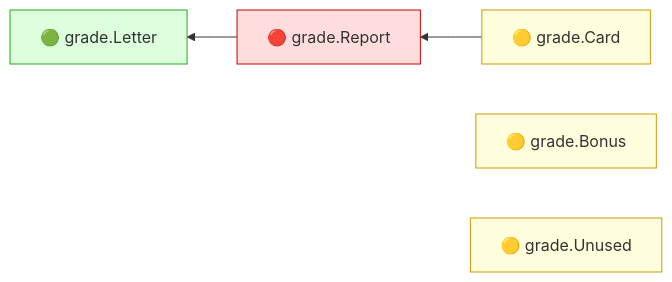
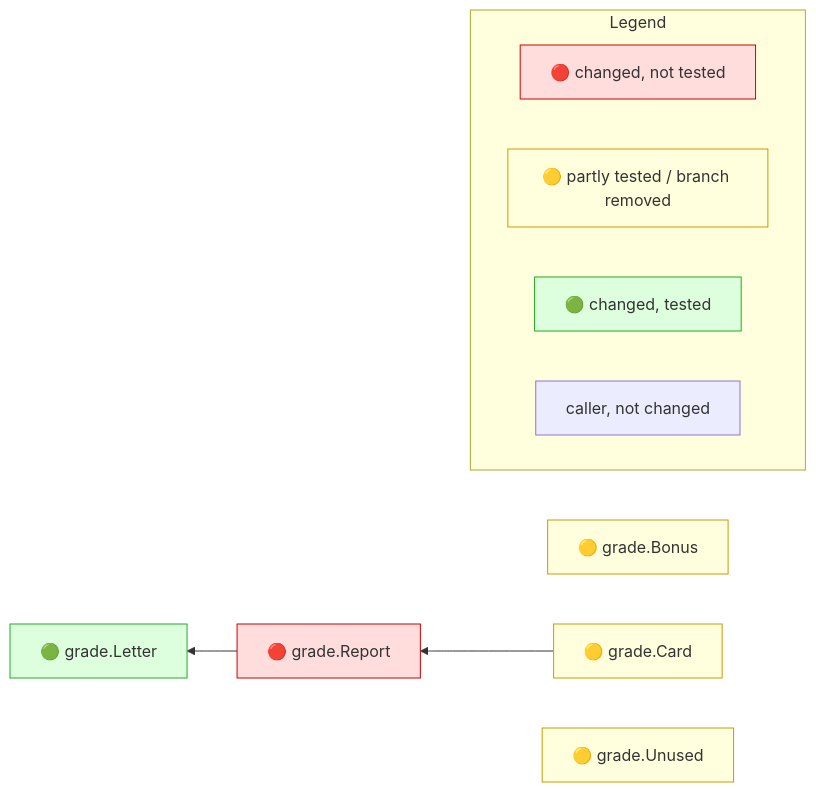
One commit to Kevinbarrero/mr-impact changed the diagram in testdata/e2e/coverprofile/expected.golden.md. Above: the diagram before and after it, drawn with Mermaid. The commit also changed other lines of this file and 65 other files, not shown here.

````diff
--- a/testdata/e2e/coverprofile/expected.golden.md
+++ b/testdata/e2e/coverprofile/expected.golden.md
@@ -15,13 +17,20 @@
 ```mermaid
-graph RL
+flowchart RL
   n0["🔴 grade.Report"]:::red
-  n1["🟡 grade.Card"]:::yellow
-  n2["🟡 grade.Bonus"]:::yellow
+  n1["🟡 grade.Bonus"]:::yellow
+  n2["🟡 grade.Card"]:::yellow
   n3["🟡 grade.Unused"]:::yellow
   n4["🟢 grade.Letter"]:::green
-  n1 --> n0
+  n2 --> n0
   n0 --> n4
+  subgraph legend ["Legend"]
+    direction LR
+    lr["🔴 changed, not tested"]:::red
+    ly["🟡 partly tested / branch removed"]:::yellow
+    lg["🟢 changed, tested"]:::green
+    lc["caller, not changed"]
+  end
   classDef red fill:#fdd,stroke:#c00
   classDef yellow fill:#ffd,stroke:#c90
   classDef green fill:#dfd,stroke:#2a2
 ```
````
